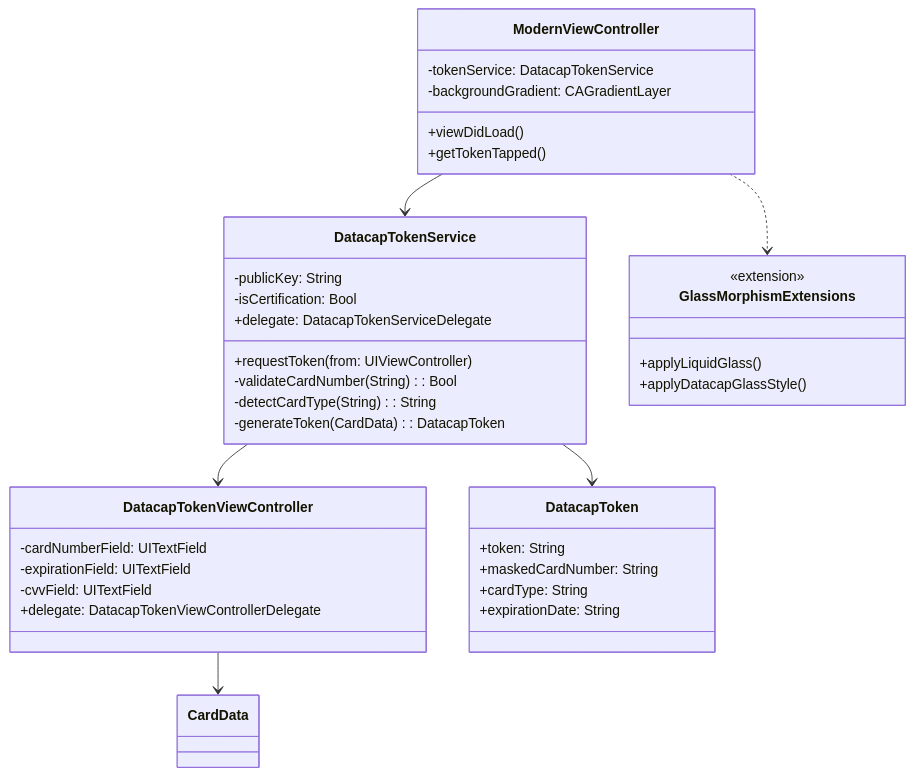
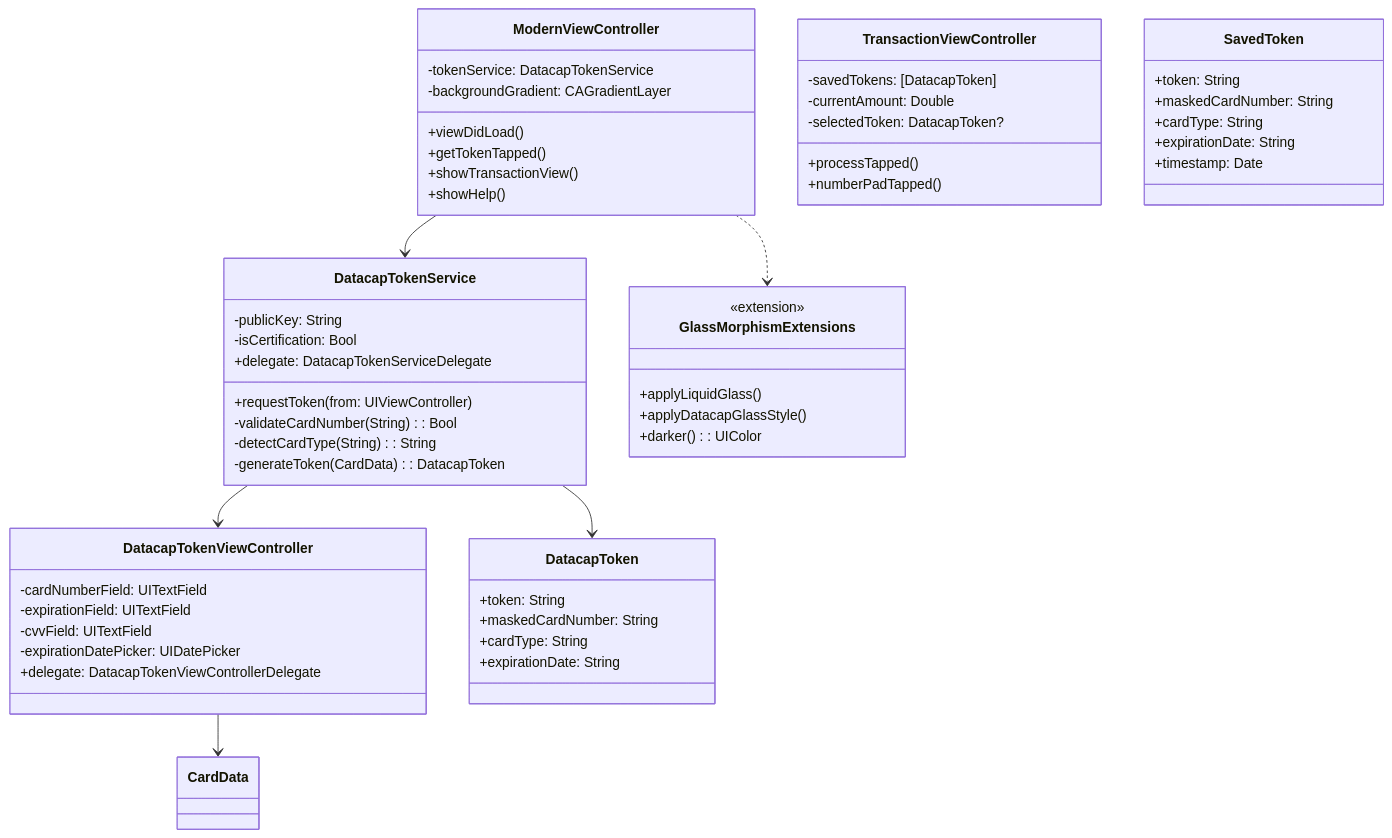
The second of 3 diagrams in README.md (datacapsystems/Datacap-MobileToken-iOS-2025), drawn with Mermaid before and after one commit. The commit also changed other lines of this file and 7 other files, not shown here.

````diff
--- a/README.md
+++ b/README.md
@@ -83,45 +96,65 @@
 ```mermaid
 classDiagram
     class ModernViewController {
         -tokenService: DatacapTokenService
         -backgroundGradient: CAGradientLayer
         +viewDidLoad()
         +getTokenTapped()
+        +showTransactionView()
+        +showHelp()
     }
     
     class DatacapTokenService {
         -publicKey: String
         -isCertification: Bool
         +delegate: DatacapTokenServiceDelegate
         +requestToken(from: UIViewController)
         -validateCardNumber(String): Bool
         -detectCardType(String): String
         -generateToken(CardData): DatacapToken
     }
     
+    class TransactionViewController {
+        -savedTokens: [DatacapToken]
+        -currentAmount: Double
+        -selectedToken: DatacapToken?
+        +processTapped()
+        +numberPadTapped()
+    }
+    
     class DatacapTokenViewController {
         -cardNumberField: UITextField
         -expirationField: UITextField
         -cvvField: UITextField
+        -expirationDatePicker: UIDatePicker
         +delegate: DatacapTokenViewControllerDelegate
     }
     
     class GlassMorphismExtensions {
         <<extension>>
         +applyLiquidGlass()
         +applyDatacapGlassStyle()
+        +darker(): UIColor
     }
     
     class DatacapToken {
         +token: String
         +maskedCardNumber: String
         +cardType: String
         +expirationDate: String
     }
     
+    class SavedToken {
+        +token: String
+        +maskedCardNumber: String
+        +cardType: String
+        +expirationDate: String
+        +timestamp: Date
+    }
+    
     ModernViewController --> DatacapTokenService
     ModernViewController ..> GlassMorphismExtensions
     DatacapTokenService --> DatacapTokenViewController
     DatacapTokenService --> DatacapToken
     DatacapTokenViewController --> CardData
 ```
````
